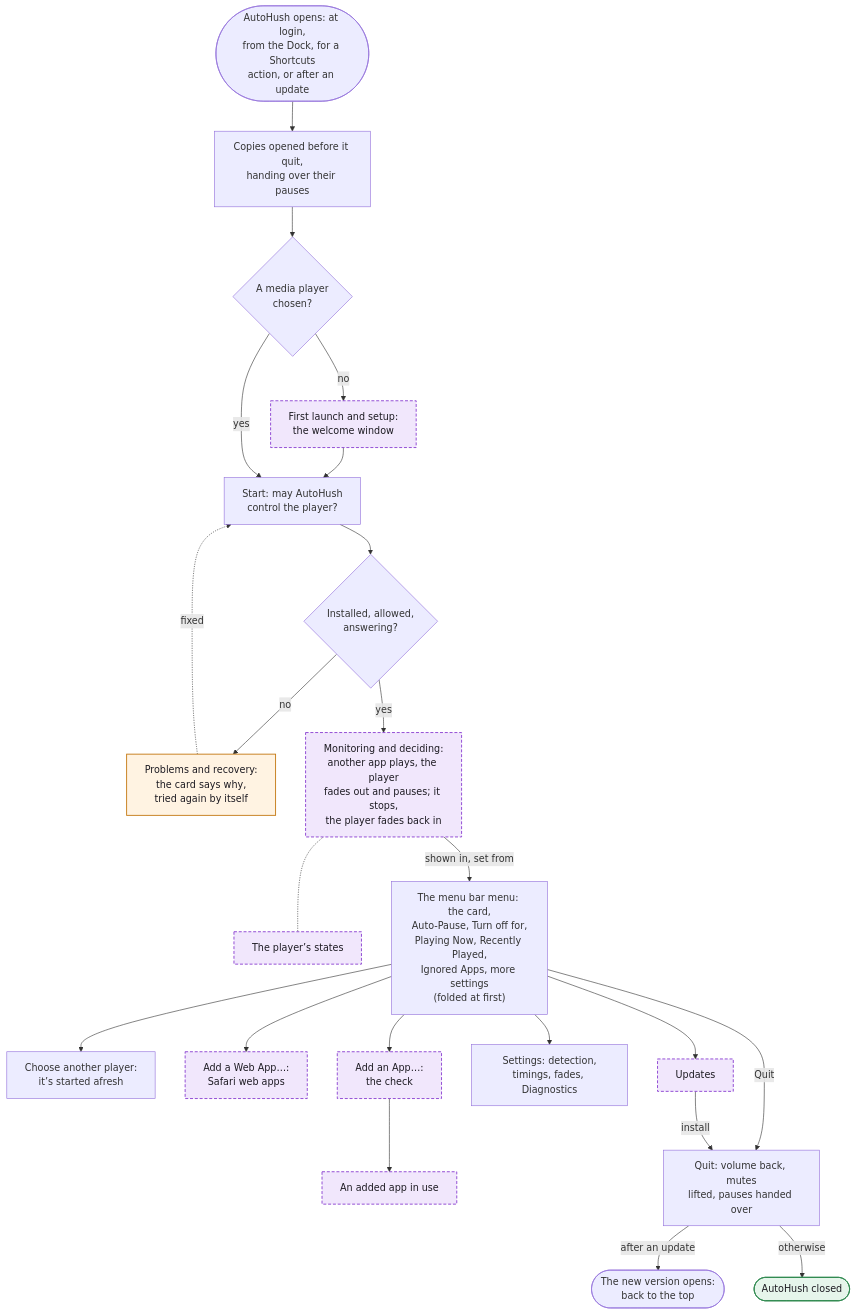
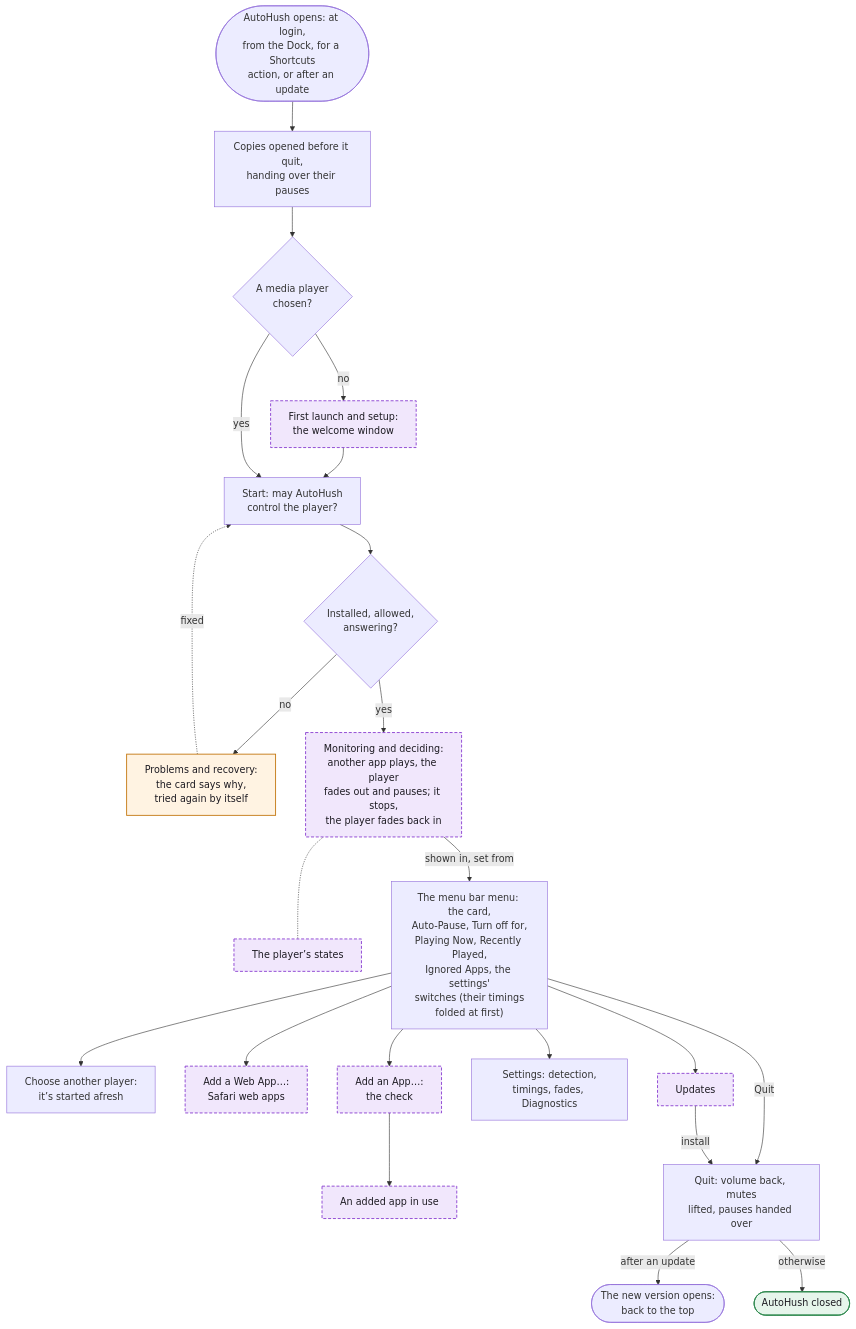
The first of 14 diagrams in WORKFLOWS.md (hfustercabre/AutoHush), drawn with Mermaid before and after one commit. The commit also changed 6 other files, not shown here.

First line of the commit message:
feat: the menu shows the settings' switches, the arrow unfolds the rest

````diff
--- a/WORKFLOWS.md
+++ b/WORKFLOWS.md
@@ -24,48 +24,48 @@
 ```mermaid
 flowchart TD
   L(["AutoHush opens: at login,<br/>from the Dock, for a Shortcuts<br/>action, or after an update"])
   O["Copies opened before it quit,<br/>handing over their pauses"]
   C{"A media player<br/>chosen?"}
   W["First launch and setup:<br/>the welcome window"]
   S["Start: may AutoHush<br/>control the player?"]
   P{"Installed, allowed,<br/>answering?"}
   R["Problems and recovery:<br/>the card says why,<br/>tried again by itself"]
   M["Monitoring and deciding:<br/>another app plays, the player<br/>fades out and pauses; it stops,<br/>the player fades back in"]
   ST["The player’s states"]
-  MENU["The menu bar menu: the card,<br/>Auto-Pause, Turn off for,<br/>Playing Now, Recently Played,<br/>Ignored Apps, more settings<br/>(folded at first)"]
+  MENU["The menu bar menu: the card,<br/>Auto-Pause, Turn off for,<br/>Playing Now, Recently Played,<br/>Ignored Apps, the settings'<br/>switches (their timings<br/>folded at first)"]
   CH["Choose another player:<br/>it’s started afresh"]
   WA["Add a Web App…:<br/>Safari web apps"]
   AA["Add an App…:<br/>the check"]
   AU["An added app in use"]
   SET["Settings: detection,<br/>timings, fades, Diagnostics"]
   UP["Updates"]
   Q["Quit: volume back, mutes<br/>lifted, pauses handed over"]
   RL(["The new version opens:<br/>back to the top"])
   QX(["AutoHush closed"])
 
   L --> O --> C
   C -->|"no"| W --> S
   C -->|"yes"| S
   S --> P
   P -->|"no"| R
   R -.->|"fixed"| S
   P -->|"yes"| M
   M -.- ST
   M -->|"shown in, set from"| MENU
   MENU --> CH
   MENU --> WA
   MENU --> AA --> AU
   MENU --> SET
   MENU --> UP
   MENU -->|"Quit"| Q
   UP -->|"install"| Q
   Q -->|"after an update"| RL
   Q -->|"otherwise"| QX
 
   class W,M,ST,WA,AA,AU,UP ref
   class R warn
   class QX done
   classDef ref fill:#f1e7fc,stroke:#8a3fd1,stroke-width:1.5px,stroke-dasharray: 5 3,color:#1d1b22
   classDef warn fill:#fff3e2,stroke:#c47812,stroke-width:1.5px,color:#1d1b22
   classDef done fill:#e6f5eb,stroke:#2f8a50,stroke-width:1.5px,color:#1d1b22
 ```
````
